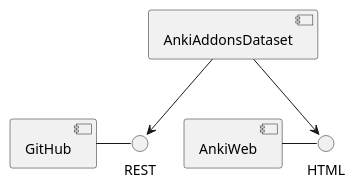
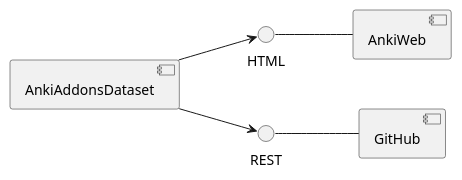
Before and after one commit to Aleks-Ya/anki-addons-dataset: the diagram in doc/uml/component.puml, drawn with PlantUML. The commit also changed 1 other file, not shown here.

```diff
--- a/doc/uml/component.puml
+++ b/doc/uml/component.puml
@@ -1,17 +1,19 @@
 @startuml
 'https://plantuml.com/component-diagram
+
+left to right direction
 
 component AnkiAddonsDataset
 component AnkiWeb
 component GitHub
 
 interface "REST" as GitHubRest
 interface "HTML" as AnkiWebHtml
 
-GitHub - GitHubRest
-AnkiWeb - AnkiWebHtml
+GitHub -u- GitHubRest
+AnkiWeb -u- AnkiWebHtml
 
 AnkiAddonsDataset --> AnkiWebHtml
 AnkiAddonsDataset --> GitHubRest
 
 @enduml
```
